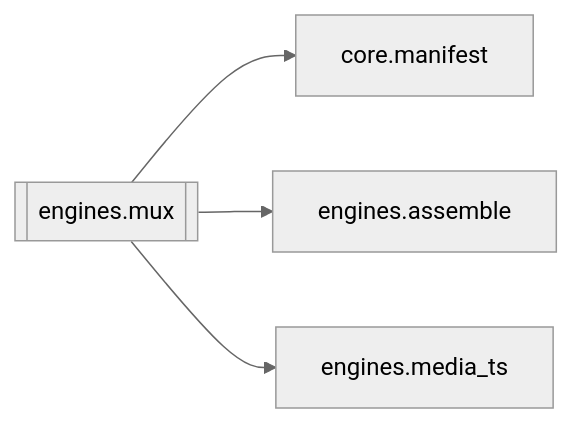
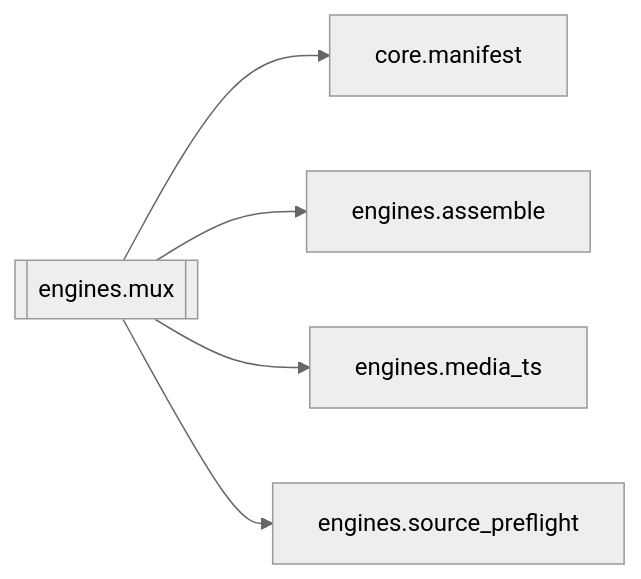
One commit to kjza178/PinelineV5 changed the diagram in docs/brain/modules/engines.mux.md. Above: the diagram before and after it, drawn with Mermaid (neutral theme). The commit also changed other lines of this file and 227 other files, not shown here.

````diff
--- a/docs/brain/modules/engines.mux.md
+++ b/docs/brain/modules/engines.mux.md
@@ -17,7 +17,8 @@
 ```mermaid
 flowchart LR
   engines_mux[[engines.mux]]
   engines_mux --> core_manifest[core.manifest]
   engines_mux --> engines_assemble[engines.assemble]
   engines_mux --> engines_media_ts[engines.media_ts]
+  engines_mux --> engines_source_preflight[engines.source_preflight]
 ```
````
